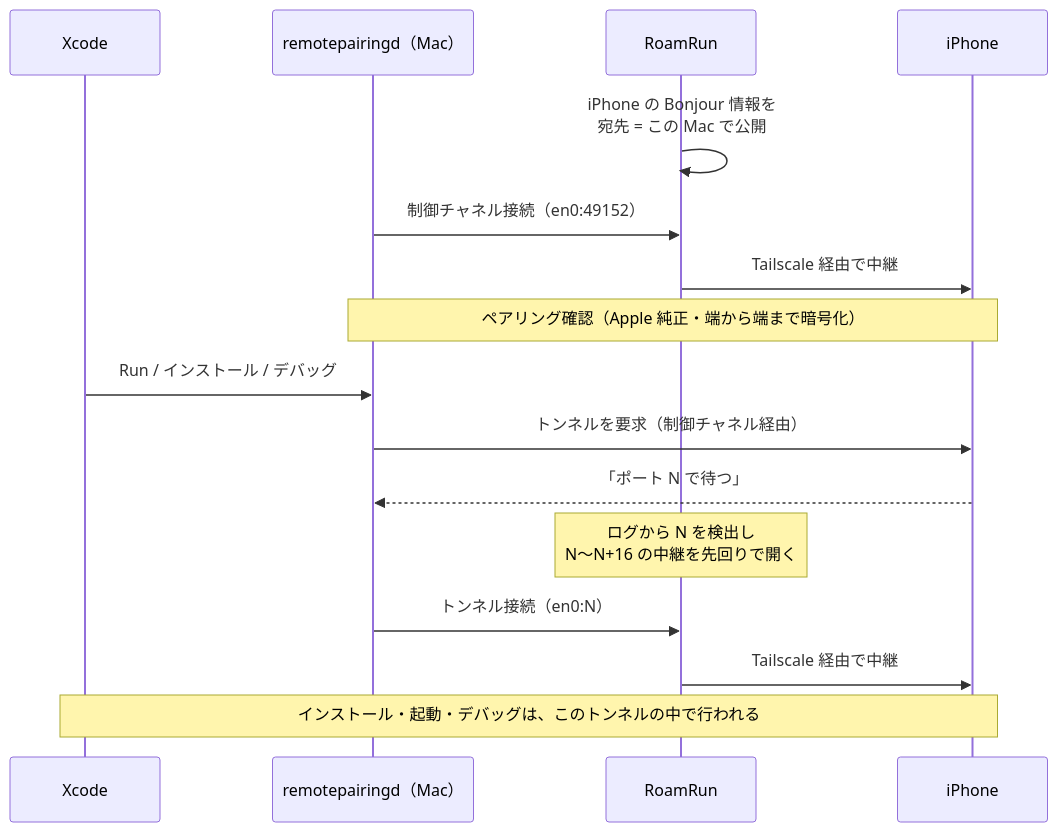
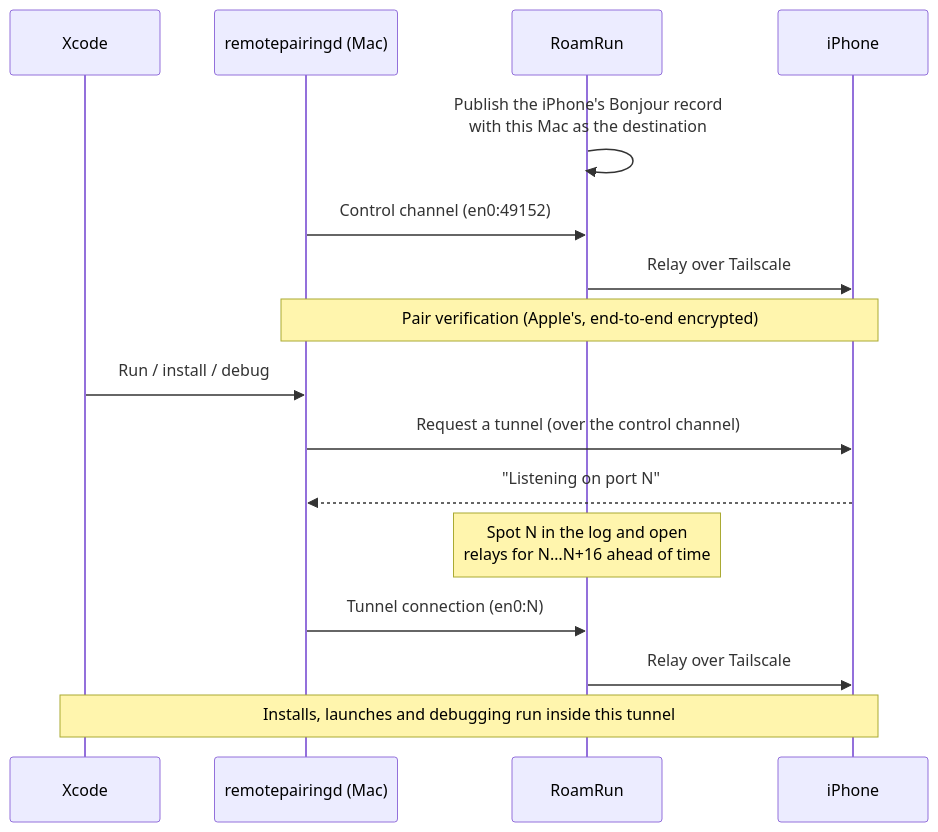
The second of 2 diagrams in README.md (mh-mobile/RoamRun), drawn with Mermaid before and after one commit. The commit also changed other lines of this file and 1 other file, not shown here.

````diff
--- a/README.md
+++ b/README.md
@@ -42,18 +44,18 @@
 ```mermaid
 sequenceDiagram
   participant X as Xcode
-  participant R as remotepairingd（Mac）
+  participant R as remotepairingd (Mac)
   participant B as RoamRun
   participant P as iPhone
-  B->>B: iPhone の Bonjour 情報を<br/>宛先 = この Mac で公開
-  R->>B: 制御チャネル接続（en0:49152）
-  B->>P: Tailscale 経由で中継
-  Note over R,P: ペアリング確認（Apple 純正・端から端まで暗号化）
-  X->>R: Run / インストール / デバッグ
-  R->>P: トンネルを要求（制御チャネル経由）
-  P-->>R: 「ポート N で待つ」
-  Note over B: ログから N を検出し<br/>N〜N+16 の中継を先回りで開く
-  R->>B: トンネル接続（en0:N）
-  B->>P: Tailscale 経由で中継
-  Note over X,P: インストール・起動・デバッグは、このトンネルの中で行われる
+  B->>B: Publish the iPhone's Bonjour record<br/>with this Mac as the destination
+  R->>B: Control channel (en0:49152)
+  B->>P: Relay over Tailscale
+  Note over R,P: Pair verification (Apple's, end-to-end encrypted)
+  X->>R: Run / install / debug
+  R->>P: Request a tunnel (over the control channel)
+  P-->>R: "Listening on port N"
+  Note over B: Spot N in the log and open<br/>relays for N…N+16 ahead of time
+  R->>B: Tunnel connection (en0:N)
+  B->>P: Relay over Tailscale
+  Note over X,P: Installs, launches and debugging run inside this tunnel
 ```
````
